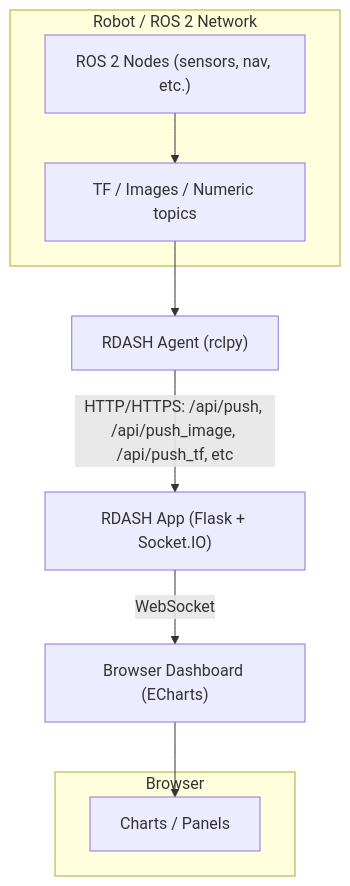
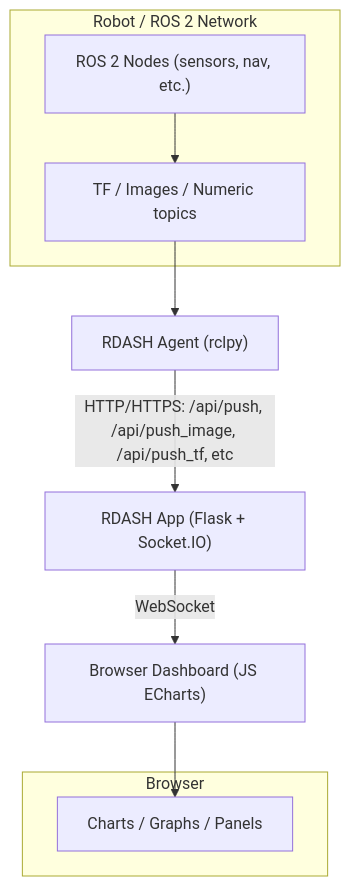
One commit to vamsi-karnam/R-Dash changed the diagram in README.md. Above: the diagram before and after it, drawn with Mermaid.

````diff
--- a/README.md
+++ b/README.md
@@ -117,18 +117,18 @@
 ```mermaid
 flowchart TD
   subgraph "Robot / ROS 2 Network"
     A1["ROS 2 Nodes (sensors, nav, etc.)"]
     A2["TF / Images / Numeric topics"]
   end
 
   A1 --> A2
   A2 --> B["RDASH Agent (rclpy)"]
   B -- "HTTP/HTTPS: /api/push, /api/push_image, /api/push_tf, etc" --> C["RDASH App (Flask + Socket.IO)"]
-  C -- "WebSocket" --> D["Browser Dashboard (ECharts)"]
+  C -- "WebSocket" --> D["Browser Dashboard (JS ECharts)"]
 
   subgraph Browser
-    D1["Charts / Panels"]
+    D1["Charts / Graphs / Panels"]
   end
 
   D -->  D1
 ```
````
